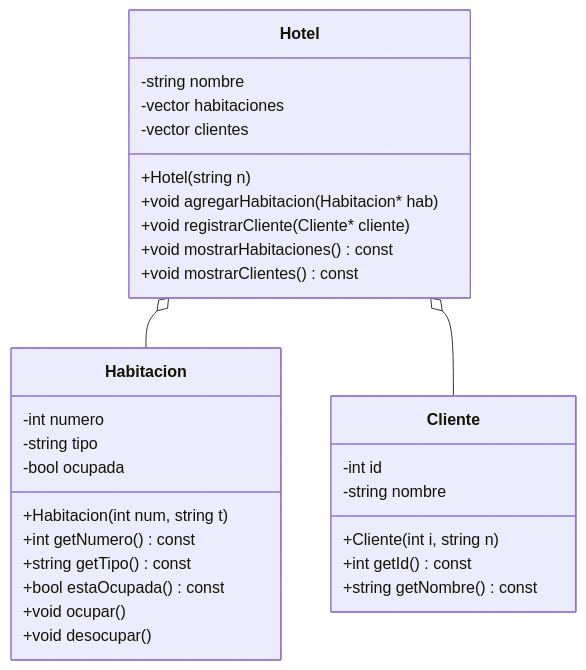
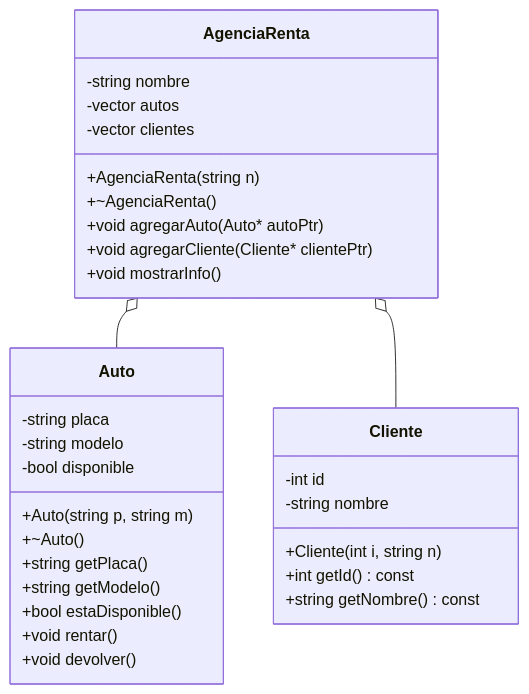
Before and after one commit to JuanEspinosa-design/ejerciciosUML: the diagram in ejercicio2Auto.md, drawn with Mermaid.

````diff
--- a/ejercicio2Auto.md
+++ b/ejercicio2Auto.md
@@ -1,37 +1,38 @@
 ```mermaid
 classDiagram
 
-    class Hotel {
+    class AgenciaRenta {
         -string nombre
-        -vector<Habitacion*> habitaciones
+        -vector<Auto*> autos
         -vector<Cliente*> clientes
-        +Hotel(string n)
-        +void agregarHabitacion(Habitacion* hab)
-        +void registrarCliente(Cliente* cliente)
-        +void mostrarHabitaciones() const
-        +void mostrarClientes() const
+        +AgenciaRenta(string n)
+        +~AgenciaRenta()
+        +void agregarAuto(Auto* autoPtr)
+        +void agregarCliente(Cliente* clientePtr)
+        +void mostrarInfo()
     }
 
-    class Habitacion {
-        -int numero
-        -string tipo
-        -bool ocupada
-        +Habitacion(int num, string t)
-        +int getNumero() const
-        +string getTipo() const
-        +bool estaOcupada() const
-        +void ocupar()
-        +void desocupar()
+    class Auto {
+        -string placa
+        -string modelo
+        -bool disponible
+        +Auto(string p, string m)
+        +~Auto()
+        +string getPlaca() 
+        +string getModelo()
+        +bool estaDisponible() 
+        +void rentar()
+        +void devolver()
     }
 
     class Cliente {
         -int id
         -string nombre
         +Cliente(int i, string n)
         +int getId() const
         +string getNombre() const
     }
 
-    Hotel o-- Habitacion 
-    Hotel o-- Cliente
+    AgenciaRenta o-- Auto 
+    AgenciaRenta o-- Cliente
 ```
````
